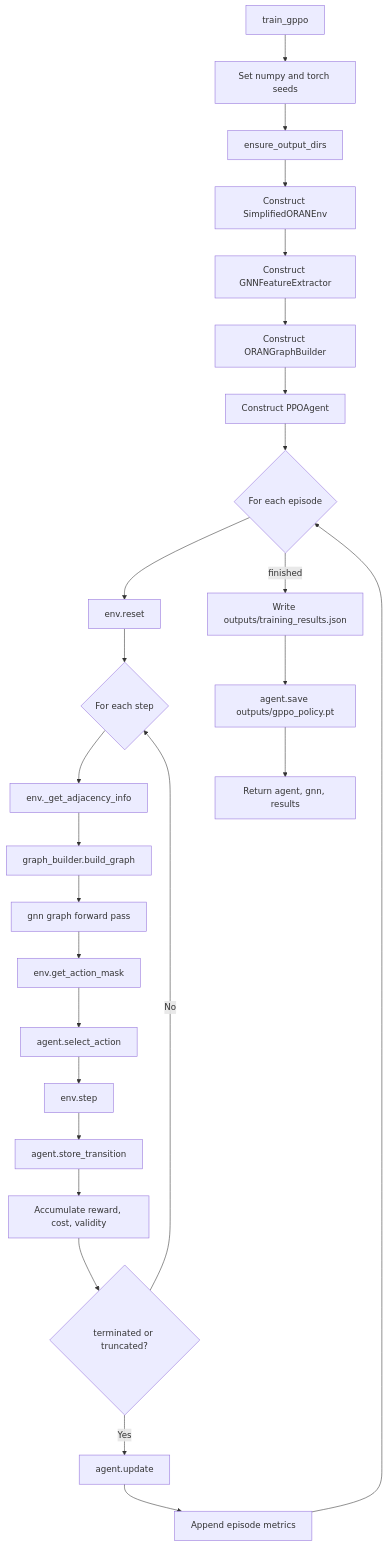
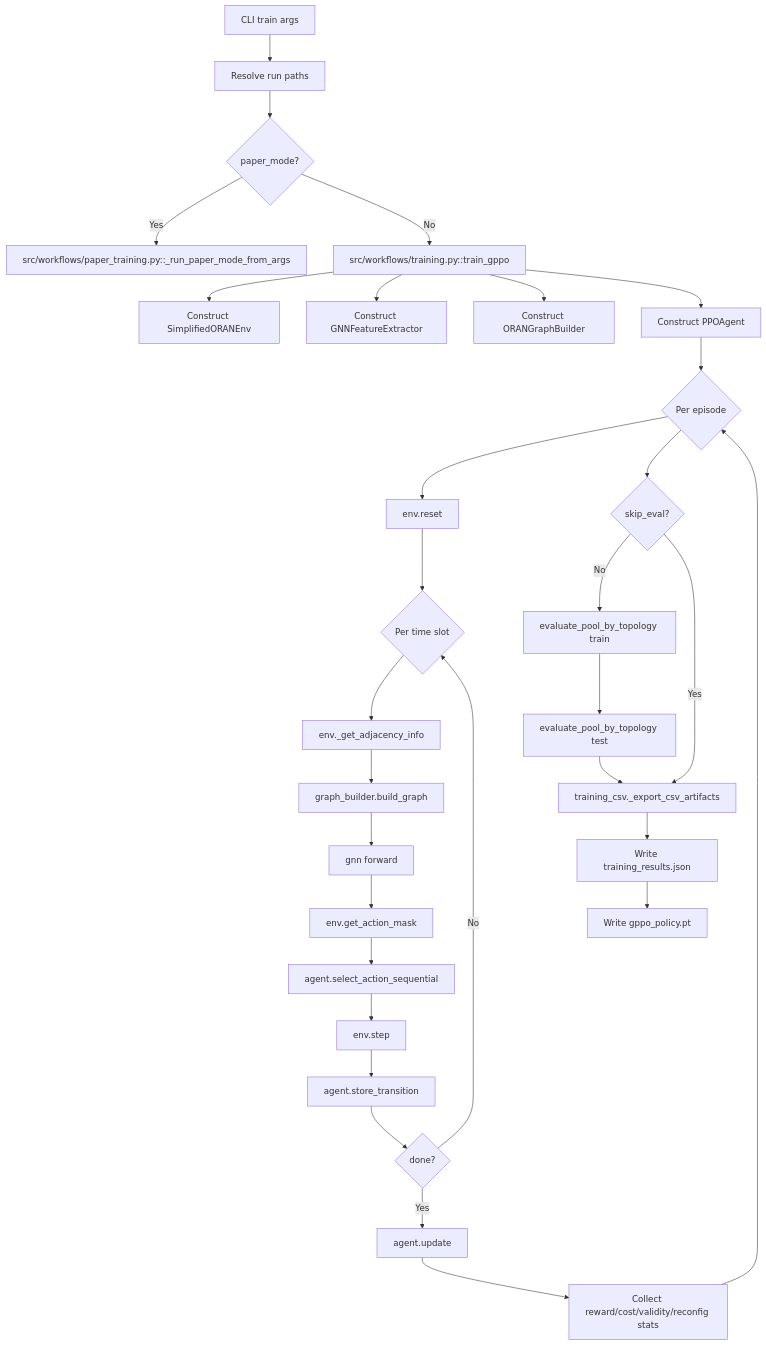
Before and after one commit to DrGMark7/ORAN-GPPO: the fourth of 12 diagrams in ARCHITECTURE.md, drawn with Mermaid. The commit also changed other lines of this file and 33 other files, not shown here.

````diff
--- a/ARCHITECTURE.md
+++ b/ARCHITECTURE.md
@@ -128,31 +154,37 @@
 ```mermaid
 flowchart TD
-    Start[train_gppo] --> Seed[Set numpy and torch seeds]
-    Seed --> EnsureDirs[ensure_output_dirs]
-    EnsureDirs --> EnvCtor[Construct SimplifiedORANEnv]
-    EnvCtor --> GnnCtor[Construct GNNFeatureExtractor]
-    GnnCtor --> BuilderCtor[Construct ORANGraphBuilder]
-    BuilderCtor --> AgentCtor[Construct PPOAgent]
-    AgentCtor --> EpisodeLoop{For each episode}
+    CLI[CLI train args] --> ResolvePaths[Resolve run paths]
+    ResolvePaths --> PaperMode{paper_mode?}
 
+    PaperMode -->|Yes| PaperRunner[src/workflows/paper_training.py::_run_paper_mode_from_args]
+    PaperMode -->|No| TrainLoop[src/workflows/training.py::train_gppo]
+
+    TrainLoop --> EnvCtor[Construct SimplifiedORANEnv]
+    TrainLoop --> GnnCtor[Construct GNNFeatureExtractor]
+    TrainLoop --> BuilderCtor[Construct ORANGraphBuilder]
+    TrainLoop --> AgentCtor[Construct PPOAgent]
+
+    AgentCtor --> EpisodeLoop{Per episode}
     EpisodeLoop --> Reset[env.reset]
-    Reset --> StepLoop{For each step}
-
+    Reset --> StepLoop{Per time slot}
     StepLoop --> Adj[env._get_adjacency_info]
     Adj --> BuildGraph[graph_builder.build_graph]
-    BuildGraph --> Encode[gnn graph forward pass]
-    Encode --> Mask[env.get_action_mask]
-    Mask --> Select[agent.select_action]
-    Select --> EnvStep[env.step]
-    EnvStep --> Store[agent.store_transition]
-    Store --> Metrics[Accumulate reward, cost, validity]
-    Metrics --> DoneCheck{terminated or truncated?}
+    BuildGraph --> Encode[gnn forward]
+    Encode --> ActionMask[env.get_action_mask]
+    ActionMask --> Select[agent.select_action_sequential]
+    Select --> Step[env.step]
+    Step --> Store[agent.store_transition]
+    Store --> DoneCheck{done?}
     DoneCheck -->|No| StepLoop
     DoneCheck -->|Yes| Update[agent.update]
-    Update --> EpisodeStats[Append episode metrics]
-    EpisodeStats --> EpisodeLoop
+    Update --> EpisodeMetrics[Collect reward/cost/validity/reconfig stats]
+    EpisodeMetrics --> EpisodeLoop
 
-    EpisodeLoop -->|finished| WriteJson[Write outputs/training_results.json]
-    WriteJson --> SavePolicy[agent.save outputs/gppo_policy.pt]
-    SavePolicy --> Return[Return agent, gnn, results]
+    EpisodeLoop --> Eval{skip_eval?}
+    Eval -->|No| TrainEval[evaluate_pool_by_topology train]
+    TrainEval --> TestEval[evaluate_pool_by_topology test]
+    Eval -->|Yes| CsvExport
+    TestEval --> CsvExport[training_csv._export_csv_artifacts]
+    CsvExport --> SaveJson[Write training_results.json]
+    SaveJson --> SavePt[Write gppo_policy.pt]
 ```
````
